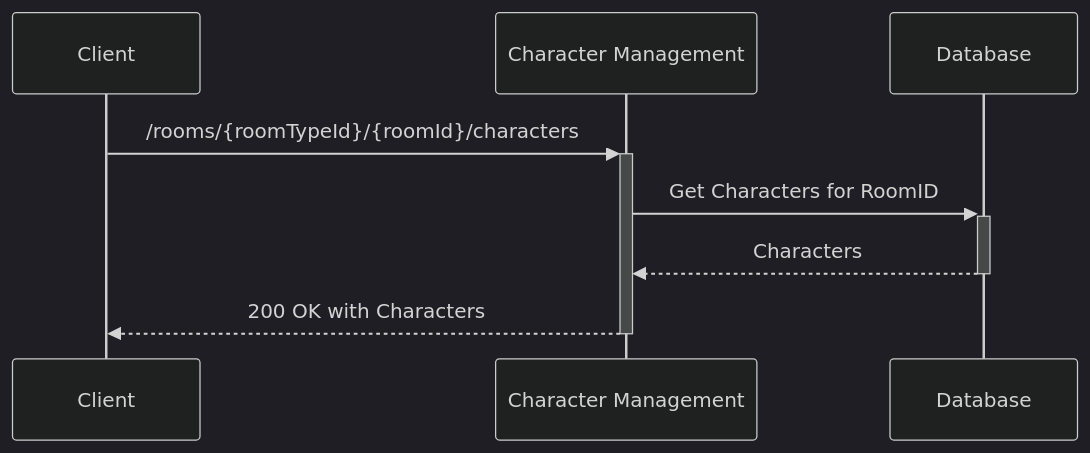
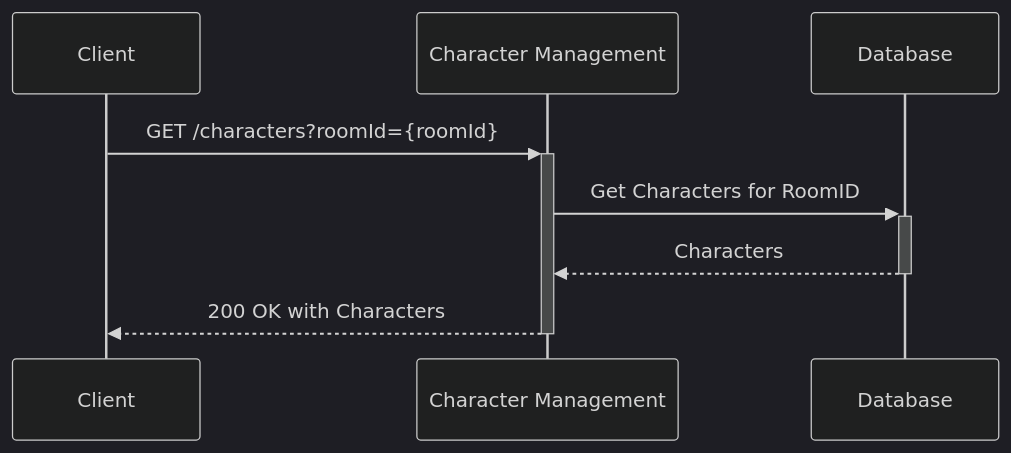
One commit to REW1L/munch-helper changed the second of 5 diagrams in docs/descriptions/MunchHelper/Backend Services/Character Management.md. Above: the diagram before and after it, drawn with Mermaid (dark theme). The commit also changed other lines of this file and 12 other files, not shown here.

````diff
--- a/docs/descriptions/MunchHelper/Backend Services/Character Management.md
+++ b/docs/descriptions/MunchHelper/Backend Services/Character Management.md
@@ -55,11 +55,11 @@
 ```mermaid
 sequenceDiagram
     participant Client
     participant Character Management
     participant Database
 
-    Client ->>+ Character Management: /rooms/{roomTypeId}/{roomId}/characters
+    Client ->>+ Character Management: GET /characters?roomId={roomId}
     Character Management ->>+ Database: Get Characters for RoomID
     Database -->>- Character Management: Characters
     Character Management -->>- Client: 200 OK with Characters
 ```
````
